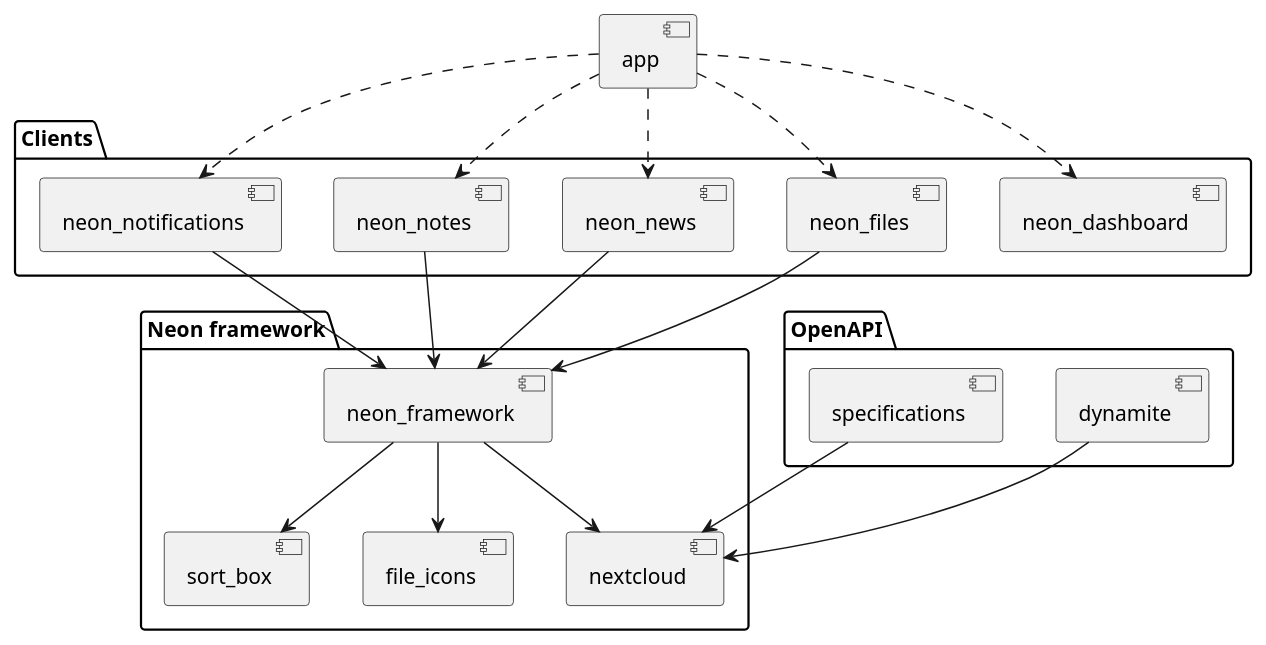
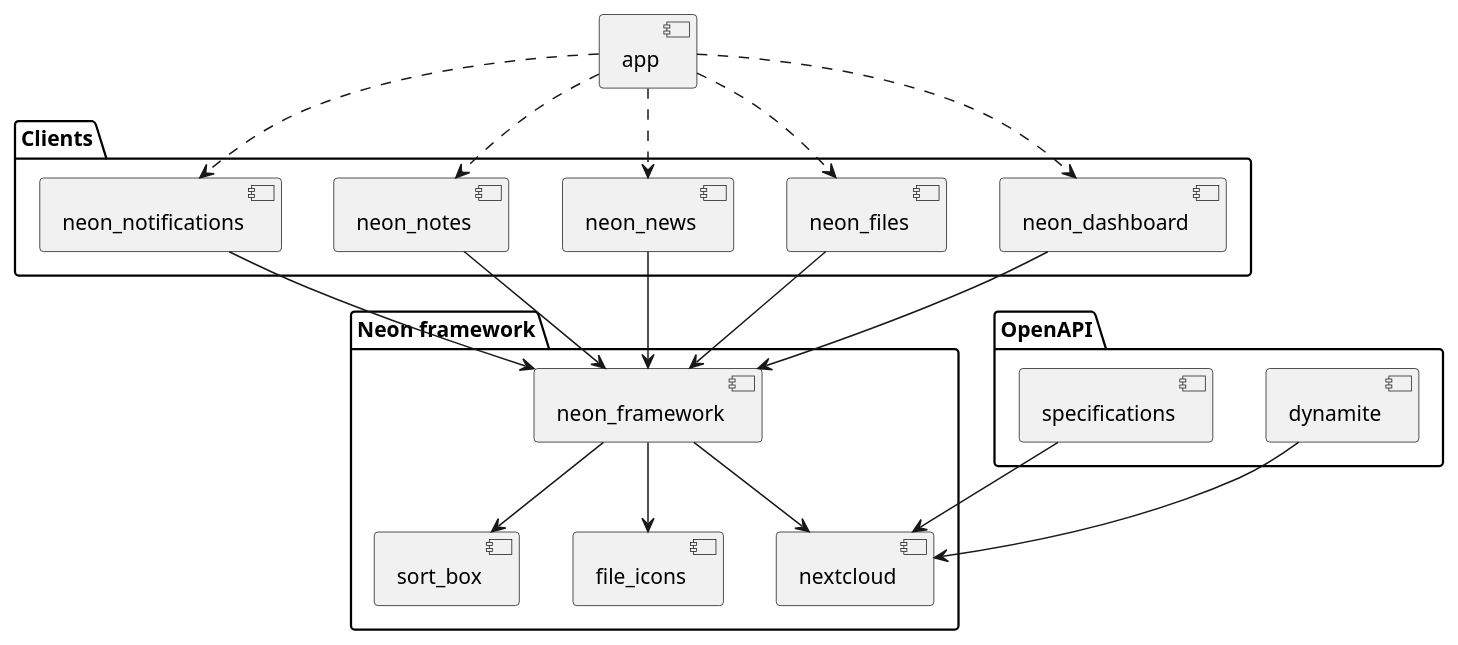
Before and after one commit to nextcloud/neon: the diagram in docs/architecture.puml, drawn with PlantUML. The commit also changed 1 other file, not shown here.

Commit message:
fix(docs): Add missing dashboard link in architecture graph

```diff
--- a/docs/architecture.puml
+++ b/docs/architecture.puml
@@ -1,44 +1,45 @@
 @startuml architecture
 
 package "Neon framework" {
     component neon_framework
     component nextcloud
     component sort_box
     component file_icons
 }
 
 package "Clients" {
     component neon_dashboard
     component neon_files
     component neon_news
     component neon_notes
     component neon_notifications
 }
 
 package "OpenAPI" {
     component dynamite
     component specifications
 }
 
 component app
 
 app ..> neon_dashboard
 app ..> neon_files
 app ..> neon_news
 app ..> neon_notes
 app ..> neon_notifications
 
+neon_dashboard --> neon_framework
 neon_files --> neon_framework
 neon_news --> neon_framework
 neon_notes --> neon_framework
 neon_notifications --> neon_framework
 
 
 neon_framework --> nextcloud
 neon_framework --> sort_box
 neon_framework --> file_icons
 
 dynamite --> nextcloud
 specifications --> nextcloud
 
 @enduml
```
